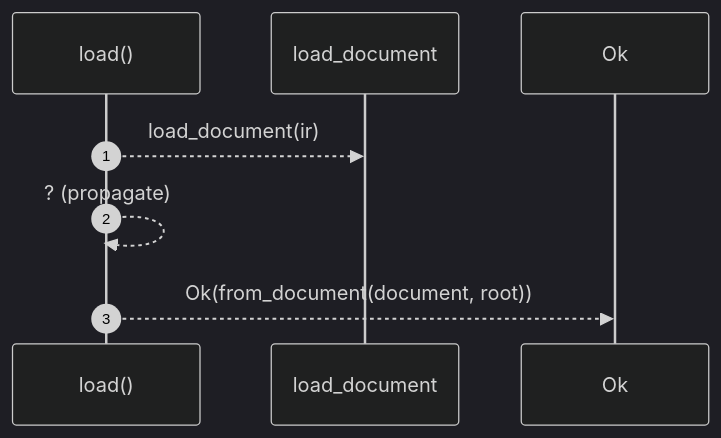
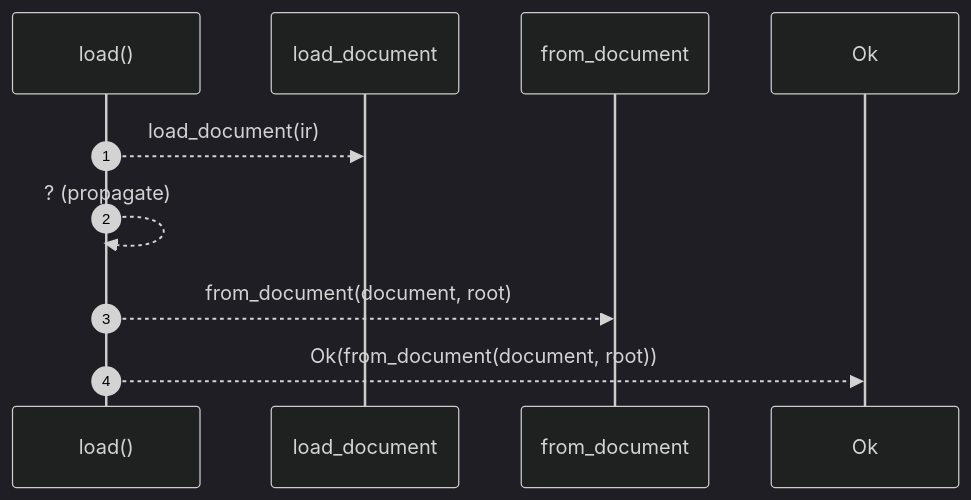
Before and after one commit to RyanGuild/self-describing-code: the diagram in docs/self-model/robby_render/pipeline/load.md, drawn with Mermaid (dark theme). The commit also changed other lines of this file and 1404 other files, not shown here.

````diff
--- a/docs/self-model/robby_render/pipeline/load.md
+++ b/docs/self-model/robby_render/pipeline/load.md
@@ -22,10 +22,12 @@
 ```mermaid
 sequenceDiagram
     autonumber
     participant load as load()
     participant load_document as load_document
+    participant from_document as from_document
     participant Ok as Ok
     load-->>load_document: load_document(ir)
     load-->>load: ? (propagate)
+    load-->>from_document: from_document(document, root)
     load-->>Ok: Ok(from_document(document, root))
 ```
````
